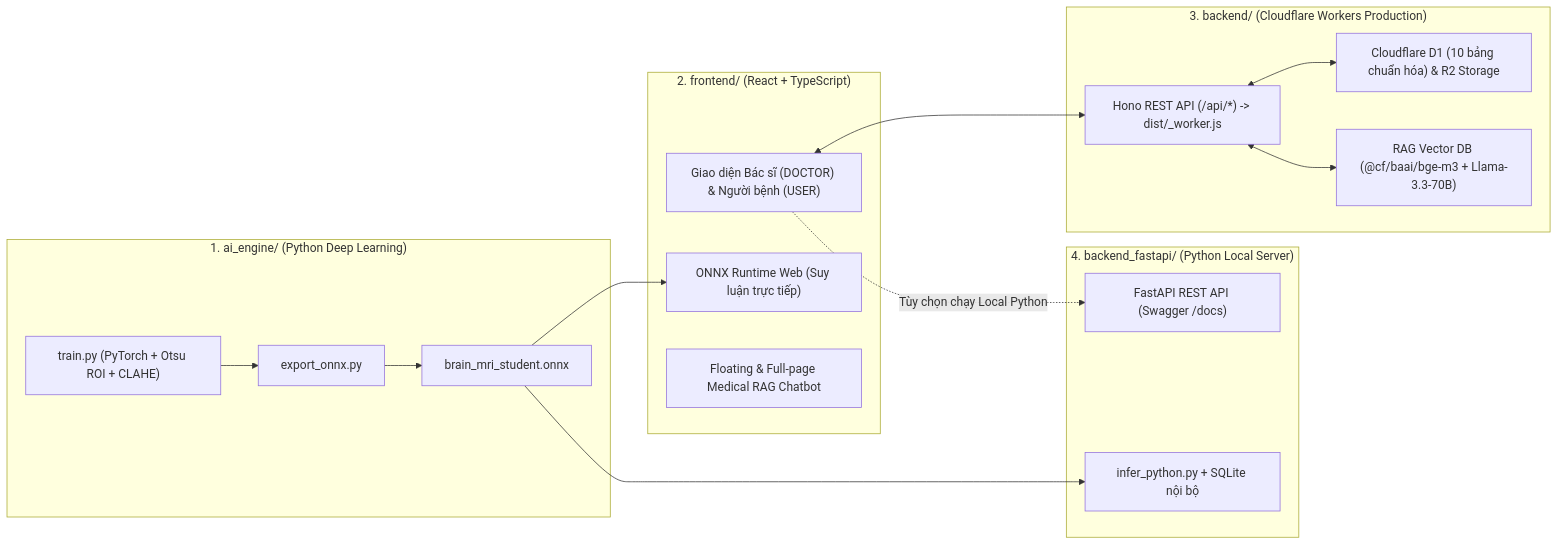
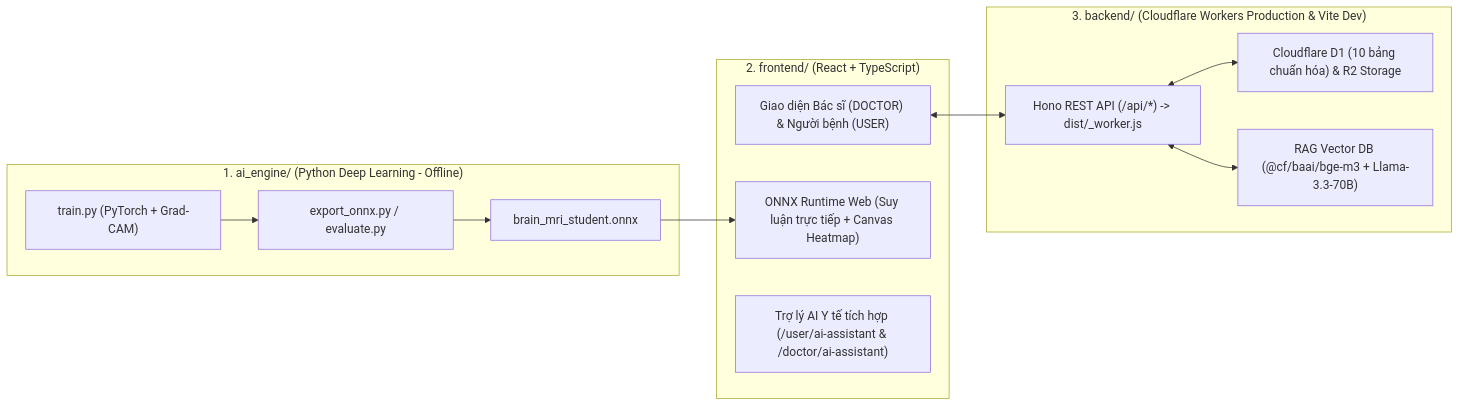
The diagram in README.md (phammanh11/NeuroScanAI), drawn with Mermaid before and after one commit. The commit also changed other lines of this file and 11 other files, not shown here.

Commit message:
Dọn dẹp repo theo Phương án A: xóa backend_fastapi trùng lặp, xóa 2 ảnh mẫu thừa và đồng bộ README/schema D1

````diff
--- a/README.md
+++ b/README.md
@@ -18,31 +17,24 @@
 ```mermaid
 flowchart LR
-    subgraph Training["1. ai_engine/ (Python Deep Learning)"]
-        A1["train.py (PyTorch + Otsu ROI + CLAHE)"] --> A2["export_onnx.py"]
+    subgraph Training["1. ai_engine/ (Python Deep Learning - Offline)"]
+        A1["train.py (PyTorch + Grad-CAM)"] --> A2["export_onnx.py / evaluate.py"]
         A2 --> A3["brain_mri_student.onnx"]
     end
 
     subgraph WebClient["2. frontend/ (React + TypeScript)"]
         B1["Giao diện Bác sĩ (DOCTOR) & Người bệnh (USER)"]
-        B2["ONNX Runtime Web (Suy luận trực tiếp)"]
-        B3["Floating & Full-page Medical RAG Chatbot"]
+        B2["ONNX Runtime Web (Suy luận trực tiếp + Canvas Heatmap)"]
+        B3["Trợ lý AI Y tế tích hợp (/user/ai-assistant & /doctor/ai-assistant)"]
     end
 
-    subgraph EdgeBackend["3. backend/ (Cloudflare Workers Production)"]
+    subgraph EdgeBackend["3. backend/ (Cloudflare Workers Production & Vite Dev)"]
         C1["Hono REST API (/api/*) -> dist/_worker.js"]
         C2["Cloudflare D1 (10 bảng chuẩn hóa) & R2 Storage"]
         C3["RAG Vector DB (@cf/baai/bge-m3 + Llama-3.3-70B)"]
     end
 
-    subgraph LocalFastAPI["4. backend_fastapi/ (Python Local Server)"]
-        D1["FastAPI REST API (Swagger /docs)"]
-        D2["infer_python.py + SQLite nội bộ"]
-    end
-
     A3 --> B2
-    A3 --> D2
     B1 <--> C1
     C1 <--> C2
     C1 <--> C3
-    B1 -. "Tùy chọn chạy Local Python" .-> D1
 ```
````
